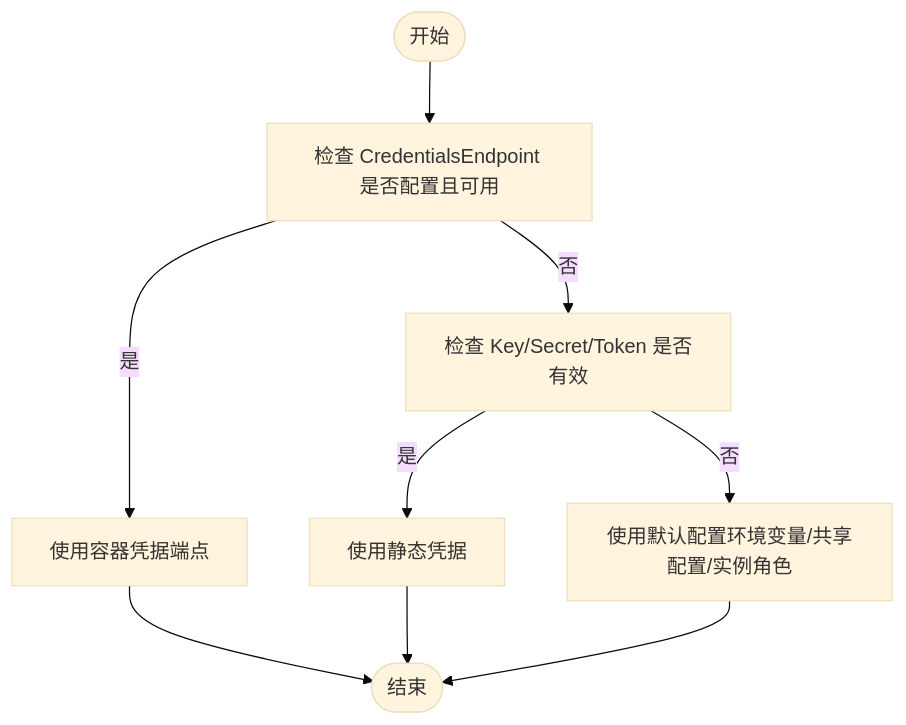
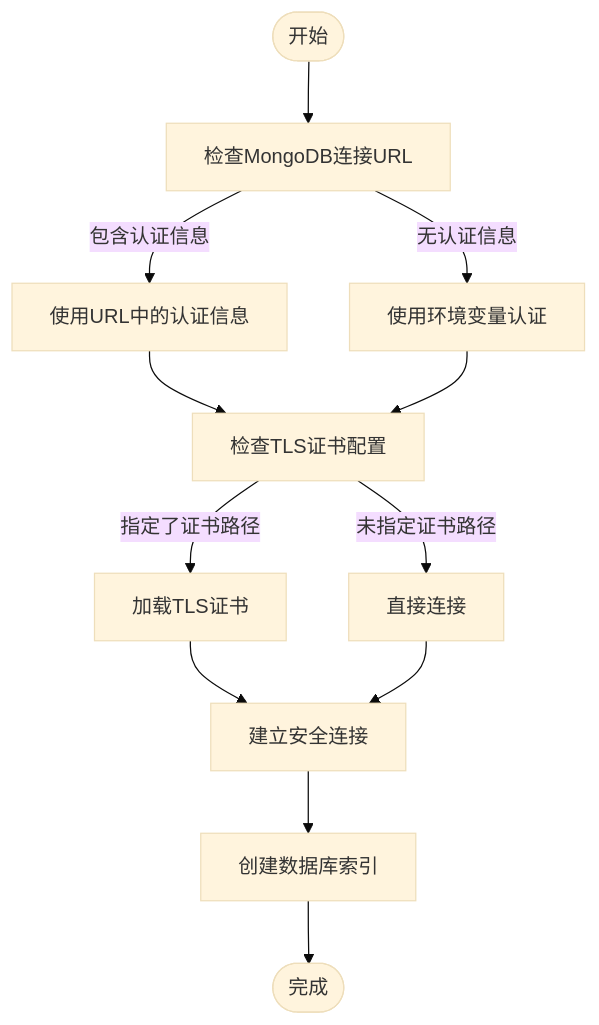
Before and after one commit to leimeng-go/athens: the third of 4 diagrams in .qoder/repowiki/zh/content/配置参考/存储后端配置/云存储配置/S3存储配置.md, drawn with Mermaid (base theme). The commit also changed other lines of this file and 14 other files, not shown here.

````diff
--- a/.qoder/repowiki/zh/content/配置参考/存储后端配置/云存储配置/S3存储配置.md
+++ b/.qoder/repowiki/zh/content/配置参考/存储后端配置/云存储配置/S3存储配置.md
@@ -161,11 +147,14 @@
 ```mermaid
 flowchart TD
-Start(["开始"]) --> CheckEndpoint["检查 CredentialsEndpoint 是否配置且可用"]
-CheckEndpoint --> |是| UseEndpoint["使用容器凭据端点"]
-CheckEndpoint --> |否| CheckStatic["检查 Key/Secret/Token 是否有效"]
-CheckStatic --> |是| UseStatic["使用静态凭据"]
-CheckStatic --> |否| UseDefault["使用默认配置环境变量/共享配置/实例角色"]
-UseEndpoint --> End(["结束"])
-UseStatic --> End
-UseDefault --> End
+Start(["开始"]) --> CheckURL["检查MongoDB连接URL"]
+CheckURL --> |包含认证信息| UseAuth["使用URL中的认证信息"]
+CheckURL --> |无认证信息| UseEnv["使用环境变量认证"]
+UseAuth --> CheckTLS["检查TLS证书配置"]
+UseEnv --> CheckTLS
+CheckTLS --> |指定了证书路径| LoadCert["加载TLS证书"]
+CheckTLS --> |未指定证书路径| DirectConnect["直接连接"]
+LoadCert --> Connect["建立安全连接"]
+DirectConnect --> Connect
+Connect --> CreateIndex["创建数据库索引"]
+CreateIndex --> End(["完成"])
 ```
````
